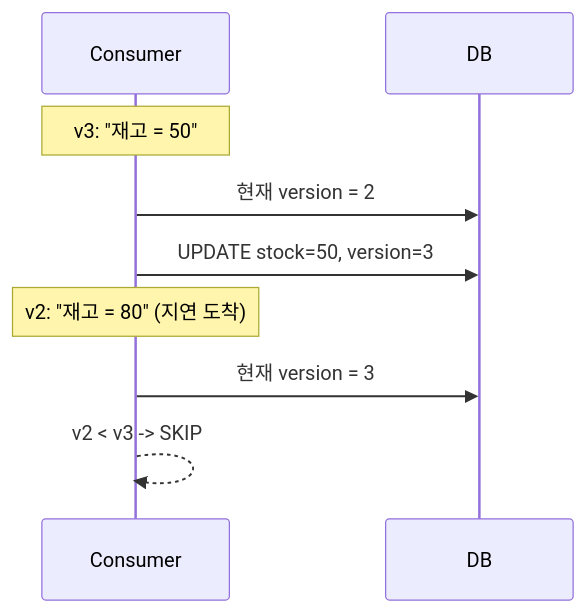
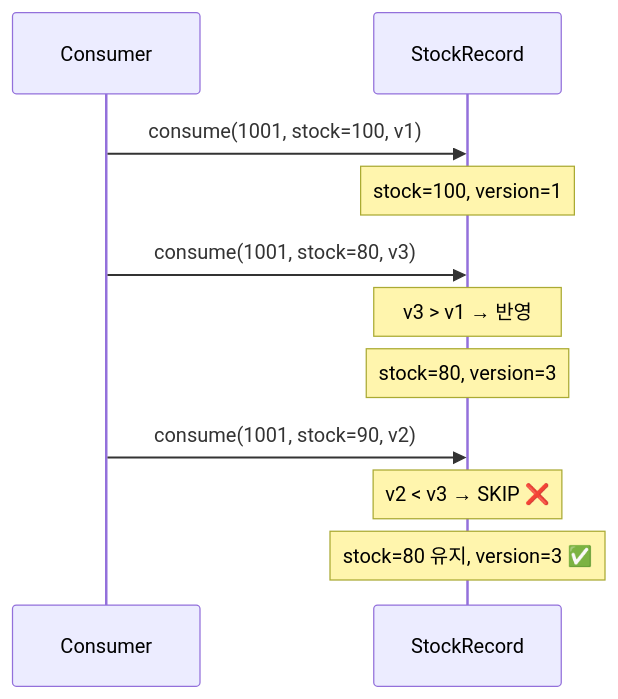
One commit to katiekim17/messaging-lab changed the eighth of 11 diagrams in src/test/java/com/example/messaging/step6_idempotent_consumer/README.md. Above: the diagram before and after it, drawn with Mermaid. The commit also changed other lines of this file and 6 other files, not shown here.

````diff
--- a/src/test/java/com/example/messaging/step6_idempotent_consumer/README.md
+++ b/src/test/java/com/example/messaging/step6_idempotent_consumer/README.md
@@ -69,13 +158,16 @@
 ```mermaid
 sequenceDiagram
-    participant Consumer
-    participant DB
+    participant Cons as Consumer
+    participant DB as StockRecord
 
-    Note over Consumer: v3: "재고 = 50"
-    Consumer->>DB: 현재 version = 2
-    Consumer->>DB: UPDATE stock=50, version=3
+    Cons->>DB: consume(1001, stock=100, v1)
+    Note over DB: stock=100, version=1
 
-    Note over Consumer: v2: "재고 = 80" (지연 도착)
-    Consumer->>DB: 현재 version = 3
-    Consumer-->>Consumer: v2 < v3 -> SKIP
+    Cons->>DB: consume(1001, stock=80, v3)
+    Note over DB: v3 > v1 → 반영
+    Note over DB: stock=80, version=3
+
+    Cons->>DB: consume(1001, stock=90, v2)
+    Note over DB: v2 < v3 → SKIP ❌
+    Note over DB: stock=80 유지, version=3 ✅
 ```
````
